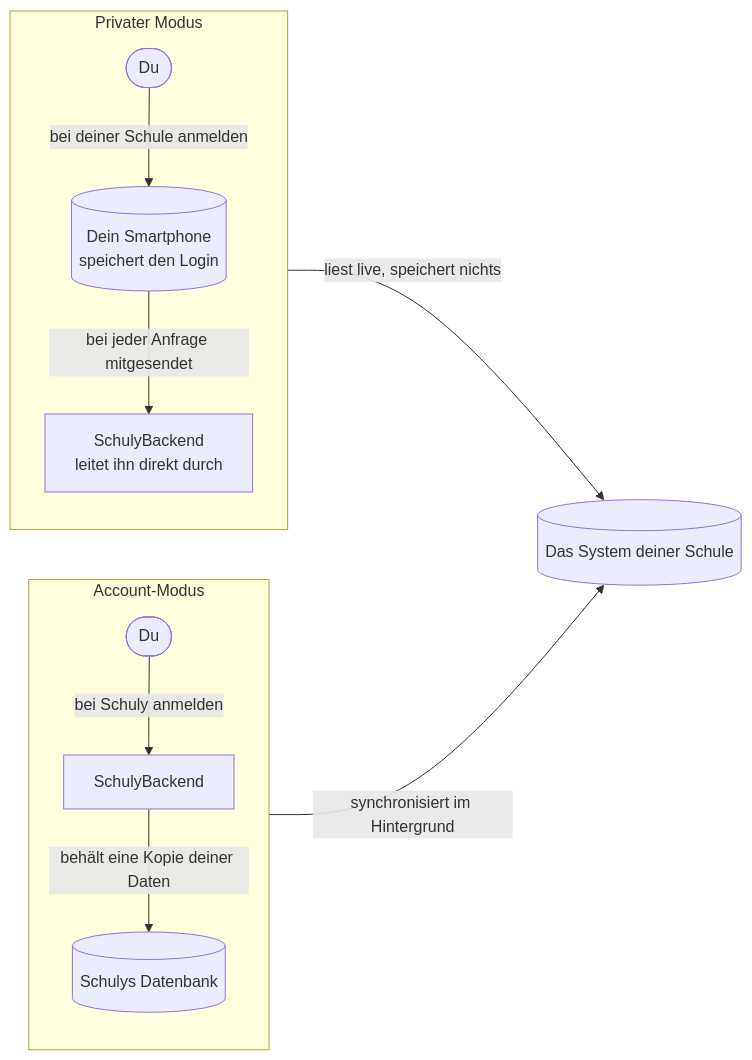
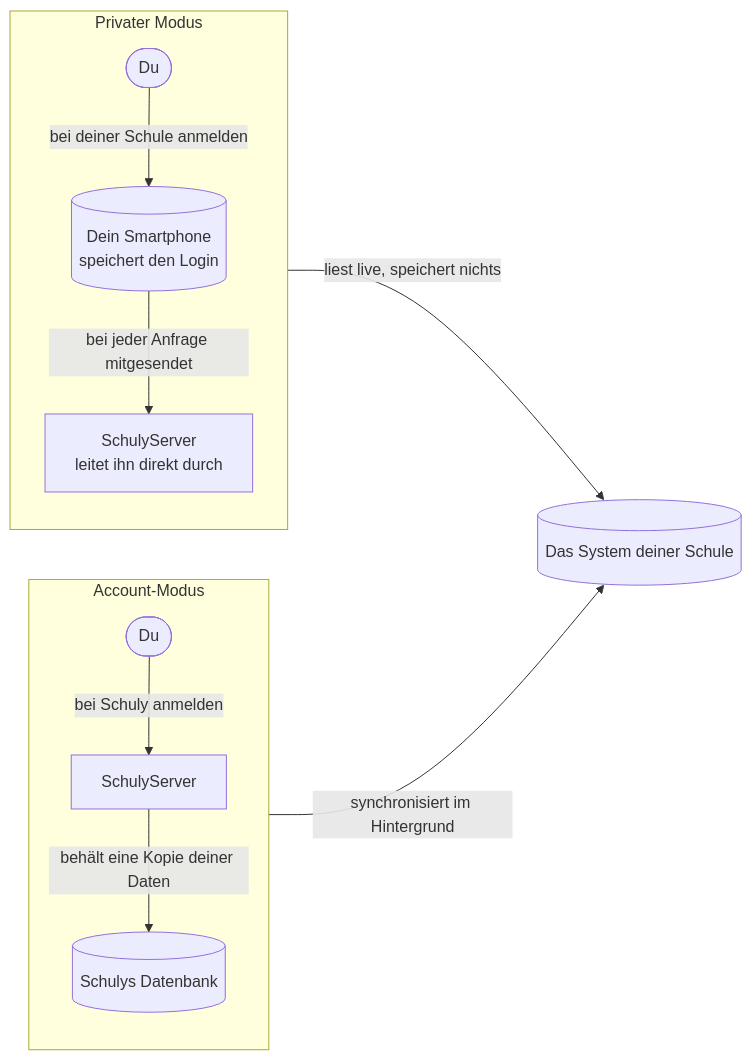
Before and after one commit to schulydev/SchulyDocs: the diagram in docs/de/Schuly/architecture-modes.md, drawn with Mermaid. The commit also changed 78 other files, not shown here.

Commit message:
Renamed SchulyBackend section to SchulyServer (#76)

````diff
--- a/docs/de/Schuly/architecture-modes.md
+++ b/docs/de/Schuly/architecture-modes.md
@@ -11,18 +11,18 @@
 ```mermaid
 flowchart LR
   subgraph account["Account-Modus"]
     direction TB
-    AU(["Du"]) -->|"bei Schuly anmelden"| AB["SchulyBackend"]
+    AU(["Du"]) -->|"bei Schuly anmelden"| AB["SchulyServer"]
     AB -->|"behält eine Kopie deiner Daten"| ADB[("Schulys Datenbank")]
   end
 
   subgraph private["Privater Modus"]
     direction TB
     PU(["Du"]) -->|"bei deiner Schule anmelden"| PP[("Dein Smartphone<br/>speichert den Login")]
-    PP -->|"bei jeder Anfrage mitgesendet"| PB["SchulyBackend<br/>leitet ihn direkt durch"]
+    PP -->|"bei jeder Anfrage mitgesendet"| PB["SchulyServer<br/>leitet ihn direkt durch"]
   end
 
   School[("Das System deiner Schule")]
   AB -->|"synchronisiert im Hintergrund"| School
   PB -->|"liest live, speichert nichts"| School
 ```
````
